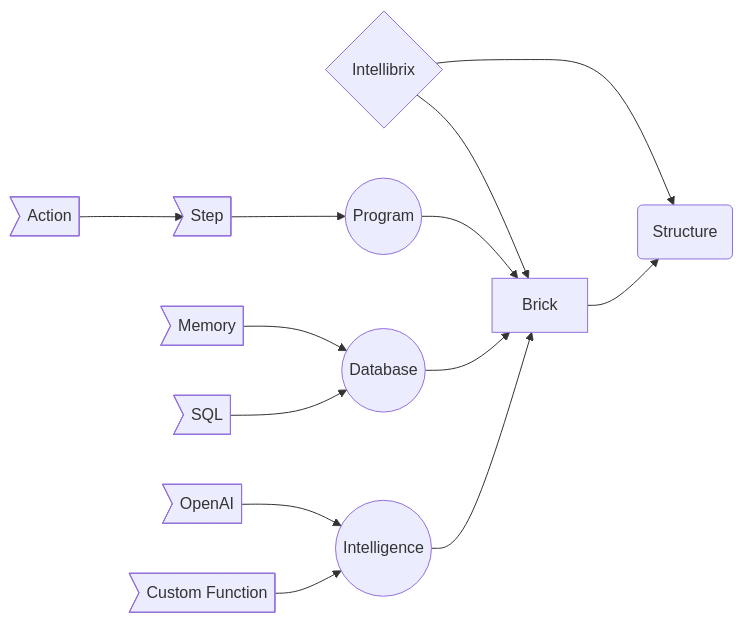
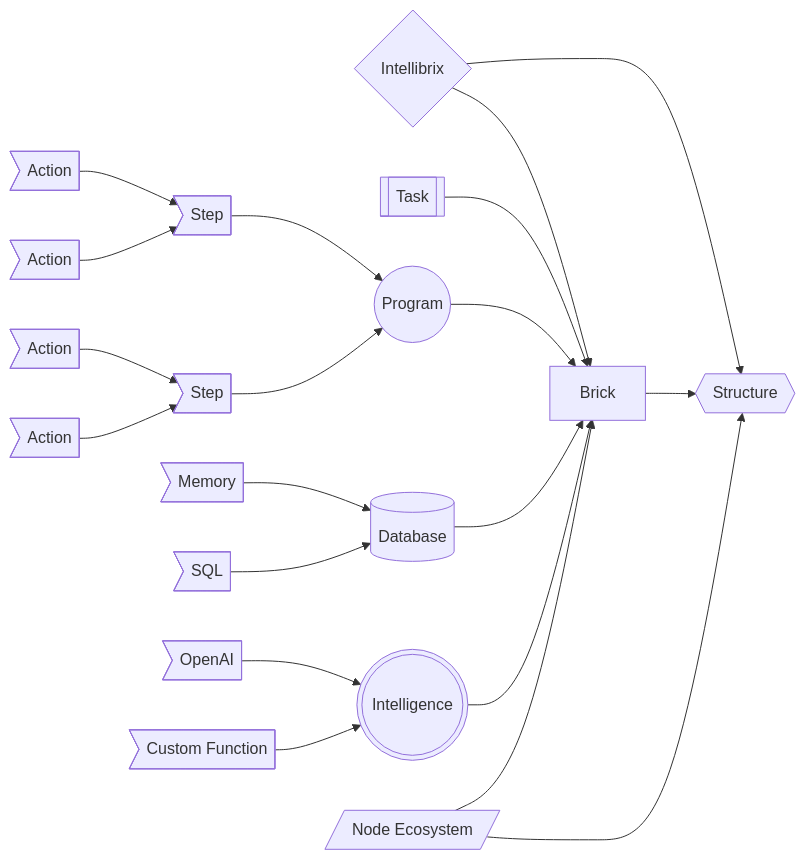
One commit to intellibrix/intellibrix changed the diagram in assets/intellibrix-diagram.mermaid. Above: the diagram before and after it, drawn with Mermaid. The commit also changed other lines of this file and 50 other files, not shown here.

```diff
--- a/assets/intellibrix-diagram.mermaid
+++ b/assets/intellibrix-diagram.mermaid
@@ -1,14 +1,21 @@
 graph LR
   I{"Intellibrix"}
   I --> B["Brick"]
-  I --> S("Structure")
+  I --> S{{"Structure"}}
   B --> S
+  T[["Task"]] --> B
   P(("Program")) --> B
-  St>"Step"] --> P
-  A>"Action"]-->St
-  D(("Database")) --> B
+  St1>"Step"] --> P
+  St2>"Step"] --> P
+  A1>"Action"]-->St1
+  A2>"Action"]-->St1
+  A3>"Action"]-->St2
+  A4>"Action"]-->St2
+  D[("Database")] --> B
   M>"Memory"] --> D
   SQL>"SQL"] --> D
-  AI(("Intelligence")) --> B
+  AI((("Intelligence"))) --> B
   OAI>"OpenAI"] --> AI
   CAI>"Custom Function"] --> AI
+  ECO[/"Node Ecosystem"/] --> B
+  ECO --> S
```
